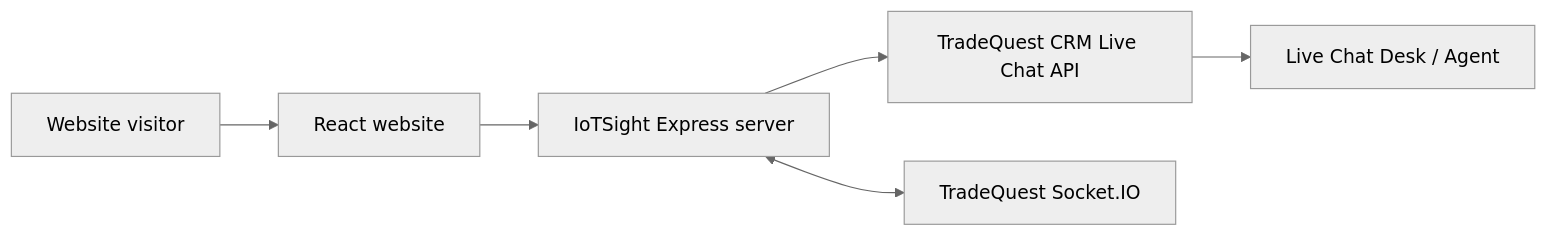
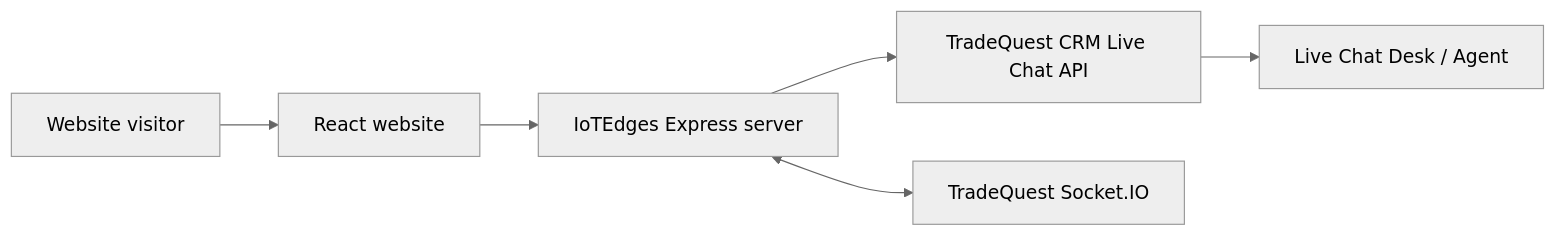
The first of 2 diagrams in README.md (samlau0086/iotsight), drawn with Mermaid (neutral theme) before and after one commit. The commit also changed other lines of this file and 21 other files, not shown here.

````diff
--- a/README.md
+++ b/README.md
@@ -23,8 +23,8 @@
 ```mermaid
 flowchart LR
   Visitor["Website visitor"] --> React["React website"]
-  React --> Express["IoTSight Express server"]
+  React --> Express["IoTEdges Express server"]
   Express --> CRM["TradeQuest CRM Live Chat API"]
   Express <--> Socket["TradeQuest Socket.IO"]
   CRM --> Desk["Live Chat Desk / Agent"]
 ```
````
